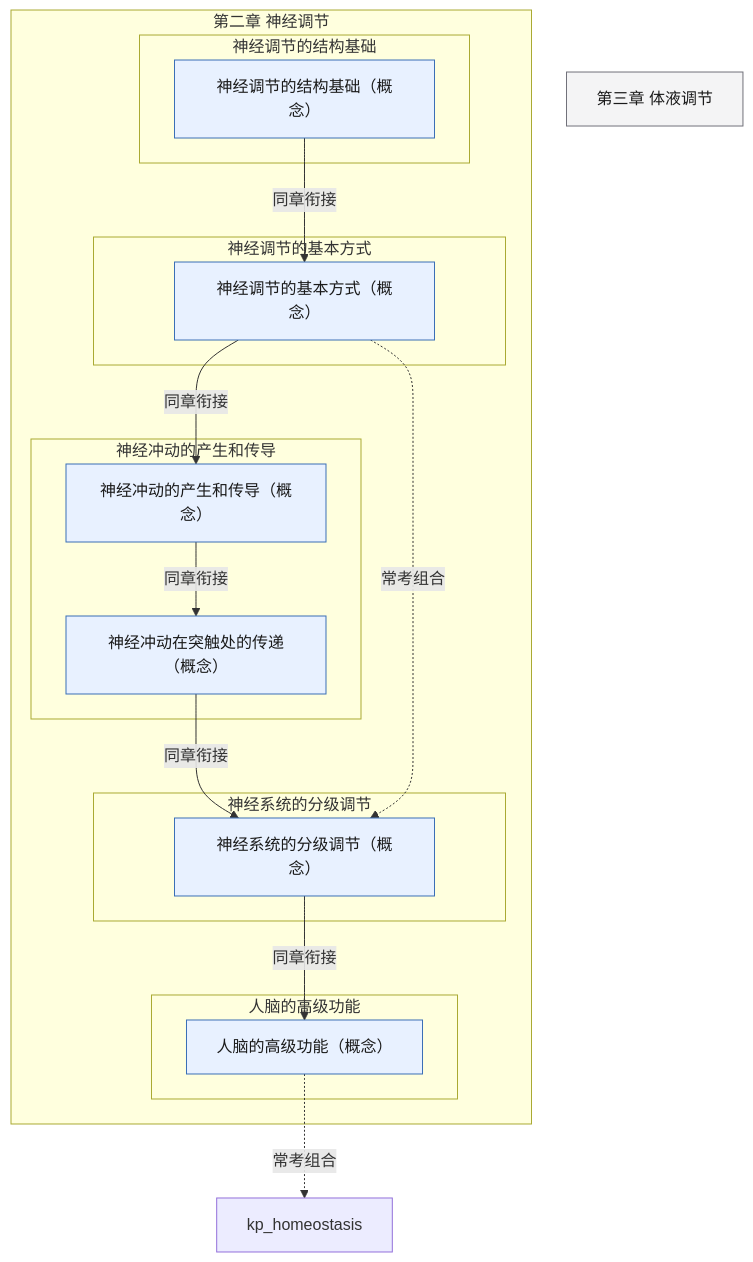
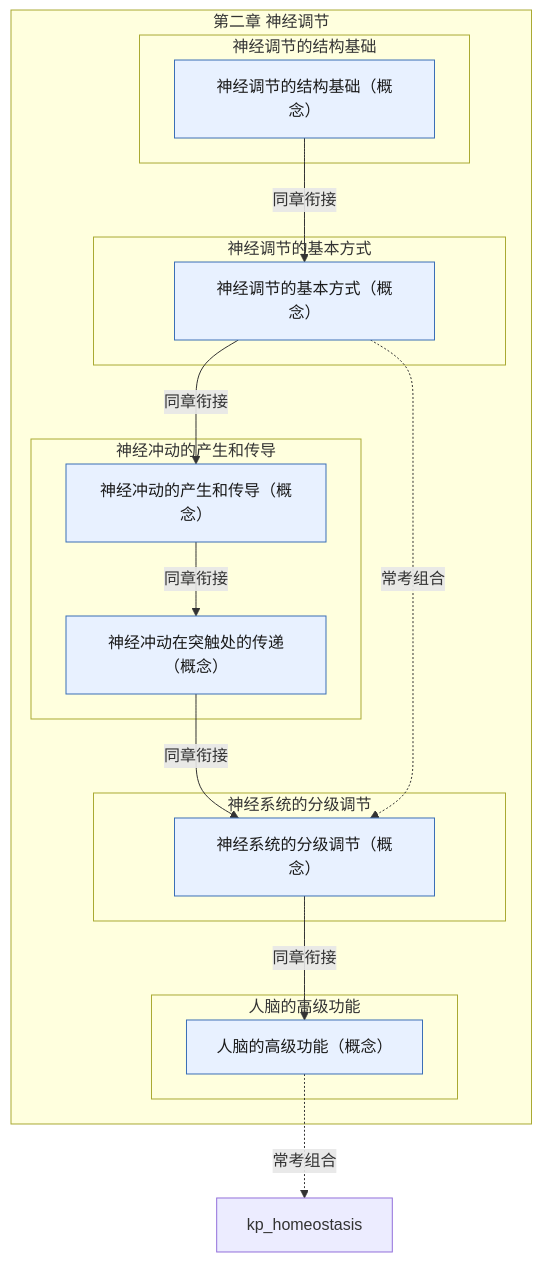
One commit to lihenair/high-school-ai-tutor-skill changed the diagram in skills/high-school-ai-tutor/references/pep-bio-xbx1-ch2.md. Above: the diagram before and after it, drawn with Mermaid. The commit also changed 26 other files, not shown here.

First line of the commit message:
feat(bio): 跨教材知识联系图谱——占位符清退 + 53 条组合边 + 联系图谱文档

````diff
--- a/skills/high-school-ai-tutor/references/pep-bio-xbx1-ch2.md
+++ b/skills/high-school-ai-tutor/references/pep-bio-xbx1-ch2.md
@@ -5,33 +5,32 @@
 ```mermaid
 flowchart TD
   classDef concept fill:#E8F1FF,stroke:#3B6FB6,color:#1A1A1A
   classDef skill fill:#E7F6EE,stroke:#2E7D4F,color:#1A1A1A
   classDef experiment fill:#FFF4E5,stroke:#C47B17,color:#1A1A1A
   classDef later fill:#F4F4F5,stroke:#71717A,color:#1A1A1A
   subgraph ch["第二章 神经调节"]
     subgraph s1["神经调节的结构基础"]
       kp_neuron_structure["神经调节的结构基础（概念）"]:::concept
     end
     subgraph s2["神经调节的基本方式"]
       kp_reflex_arc["神经调节的基本方式（概念）"]:::concept
     end
     subgraph s3["神经冲动的产生和传导"]
       kp_nerve_impulse["神经冲动的产生和传导（概念）"]:::concept
       kp_synapse["神经冲动在突触处的传递（概念）"]:::concept
     end
     subgraph s4["神经系统的分级调节"]
       kp_hierarchical_regulation["神经系统的分级调节（概念）"]:::concept
     end
     subgraph s5["人脑的高级功能"]
       kp_brain_functions["人脑的高级功能（概念）"]:::concept
     end
   end
-  xbx1_ch3["第三章 体液调节"]:::later
   kp_neuron_structure -->|同章衔接| kp_reflex_arc
   kp_reflex_arc -->|同章衔接| kp_nerve_impulse
   kp_nerve_impulse -->|同章衔接| kp_synapse
   kp_synapse -->|同章衔接| kp_hierarchical_regulation
   kp_hierarchical_regulation -->|同章衔接| kp_brain_functions
   kp_reflex_arc -.->|常考组合| kp_hierarchical_regulation
   kp_brain_functions -.->|常考组合| kp_homeostasis
 ```
````
